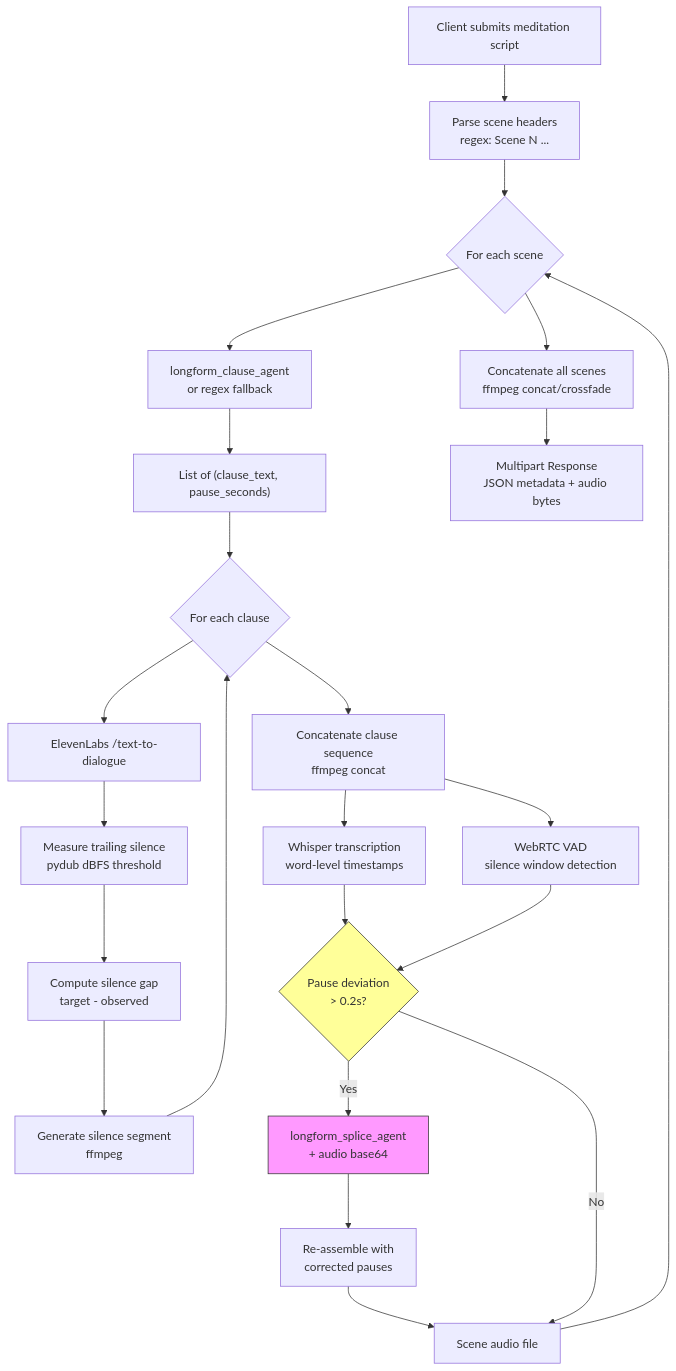
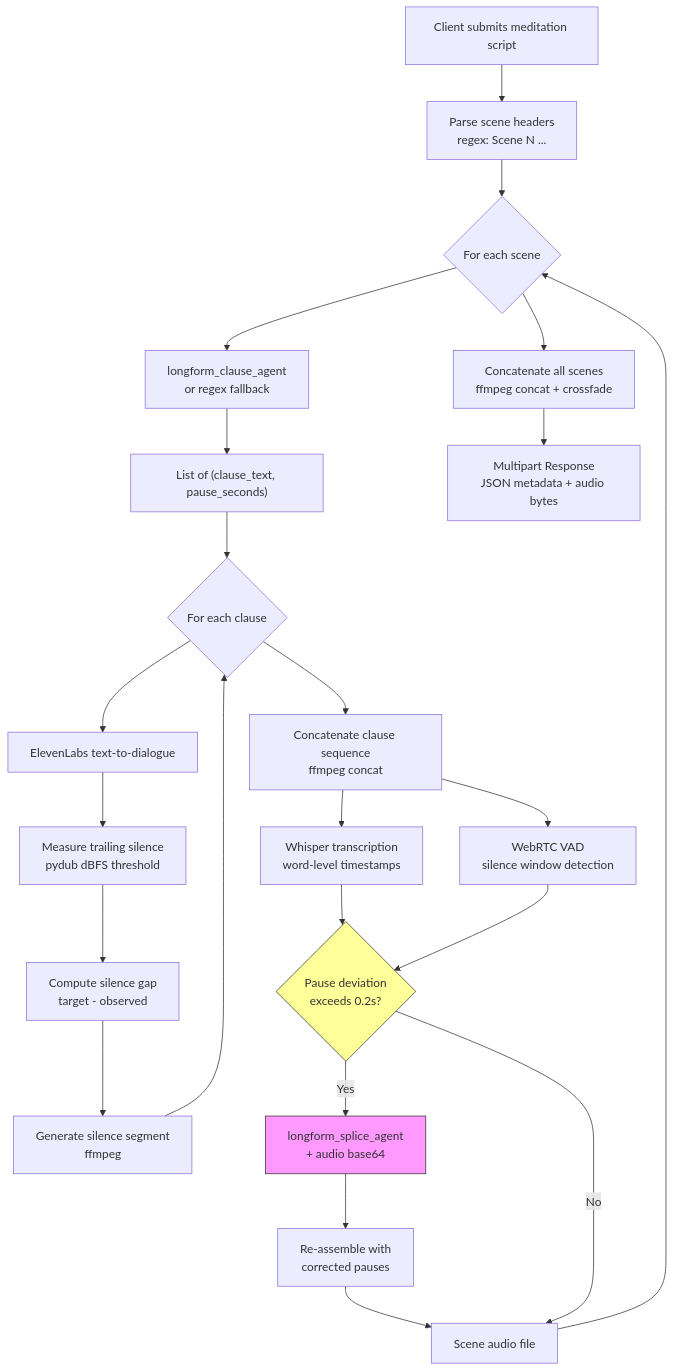
The fifth of 9 diagrams in README.md (AbhiramVSA/Luma), drawn with Mermaid before and after one commit. The commit also changed other lines of this file, not shown here.

Commit message:
fix: quote mermaid node labels to fix GitHub rendering errors

````diff
--- a/README.md
+++ b/README.md
@@ -222,33 +222,33 @@
 ```mermaid
 flowchart TD
-    A[Client submits meditation script] --> B[Parse scene headers<br/>regex: Scene N ...]
+    A["Client submits meditation script"] --> B["Parse scene headers<br/>regex: Scene N ..."]
 
     B --> C{For each scene}
-    C --> D[longform_clause_agent<br/>or regex fallback]
+    C --> D["longform_clause_agent<br/>or regex fallback"]
     D --> E["List of (clause_text, pause_seconds)"]
 
     E --> F{For each clause}
-    F --> G[ElevenLabs /text-to-dialogue]
-    G --> H[Measure trailing silence<br/>pydub dBFS threshold]
-    H --> I[Compute silence gap<br/>target - observed]
+    F --> G["ElevenLabs text-to-dialogue"]
+    G --> H["Measure trailing silence<br/>pydub dBFS threshold"]
+    H --> I["Compute silence gap<br/>target - observed"]
     I --> J[Generate silence segment<br/>ffmpeg]
     J --> F
 
-    F --> K[Concatenate clause sequence<br/>ffmpeg concat]
-    K --> L[Whisper transcription<br/>word-level timestamps]
-    K --> M[WebRTC VAD<br/>silence window detection]
+    F --> K["Concatenate clause sequence<br/>ffmpeg concat"]
+    K --> L["Whisper transcription<br/>word-level timestamps"]
+    K --> M["WebRTC VAD<br/>silence window detection"]
 
-    L --> N{Pause deviation<br/>> 0.2s?}
+    L --> N{"Pause deviation<br/>exceeds 0.2s?"}
     M --> N
-    N -- Yes --> O[longform_splice_agent<br/>+ audio base64]
-    O --> P[Re-assemble with<br/>corrected pauses]
+    N -- Yes --> O["longform_splice_agent<br/>+ audio base64"]
+    O --> P["Re-assemble with<br/>corrected pauses"]
     P --> Q[Scene audio file]
     N -- No --> Q
 
     Q --> C
-    C --> R[Concatenate all scenes<br/>ffmpeg concat/crossfade]
-    R --> S[Multipart Response<br/>JSON metadata + audio bytes]
+    C --> R["Concatenate all scenes<br/>ffmpeg concat + crossfade"]
+    R --> S["Multipart Response<br/>JSON metadata + audio bytes"]
 
     style O fill:#f9f,stroke:#333
     style N fill:#ff9,stroke:#333
 ```
````
